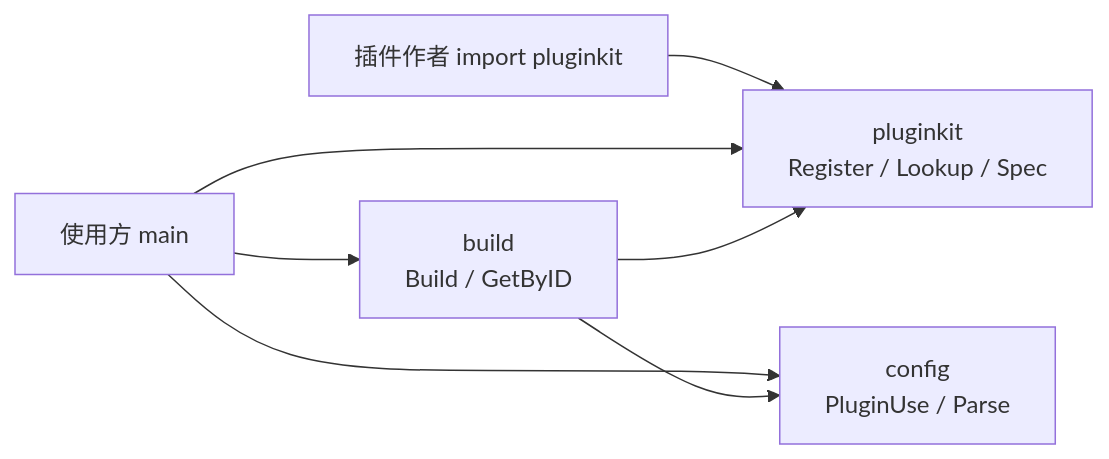
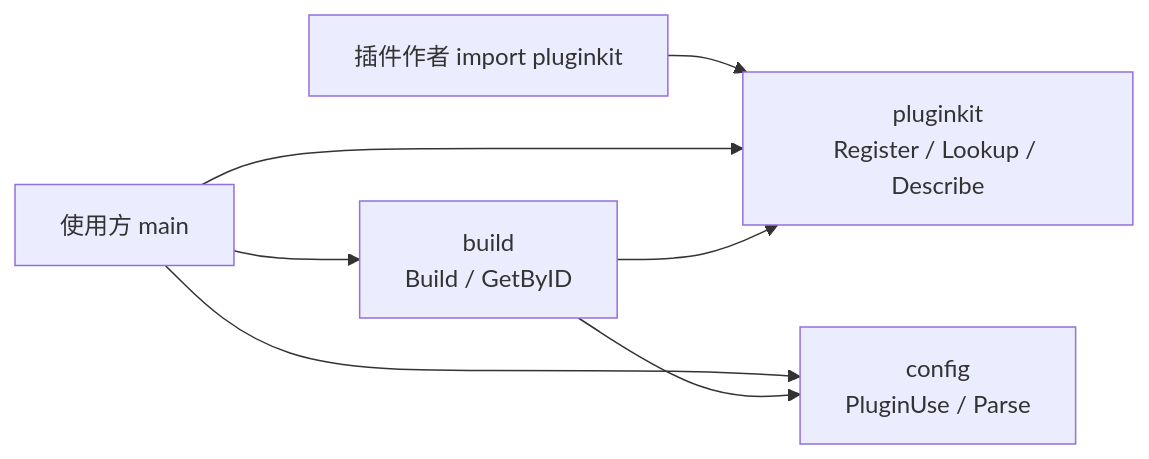
One commit to lengzhao/pluginkit changed the fourth of 4 diagrams in docs/2026-08-20-minimal-plugin-module-design.md. Above: the diagram before and after it, drawn with Mermaid. The commit also changed other lines of this file and 4 other files, not shown here.

First line of the commit message:
Add Describe API for plugin config introspection.

````diff
--- a/docs/2026-08-20-minimal-plugin-module-design.md
+++ b/docs/2026-08-20-minimal-plugin-module-design.md
@@ -419,9 +419,9 @@
 ```mermaid
 flowchart LR
-  PluginPkg["插件作者 import pluginkit"] --> Root["pluginkit\nRegister / Lookup / Spec"]
+  PluginPkg["插件作者 import pluginkit"] --> Root["pluginkit\nRegister / Lookup / Describe"]
   App["使用方 main"] --> Root
   App --> Cfg["config\nPluginUse / Parse"]
   App --> Bld["build\nBuild / GetByID"]
   Bld --> Root
   Bld --> Cfg
 ```
````
